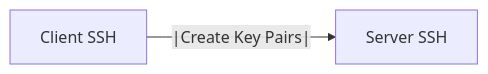
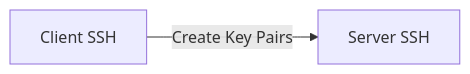
One commit to slagathor34/awx-lab changed the diagram in README.md. Above: the diagram before and after it, drawn with Mermaid.

````diff
--- a/README.md
+++ b/README.md
@@ -142,5 +142,5 @@
 ```mermaid
 flowchart LR
-  node0[Client SSH] -- |Create Key Pairs| --> node1[Server SSH]
+  node0[Client SSH] -- Create Key Pairs --> node1[Server SSH]
 
 ```
````
